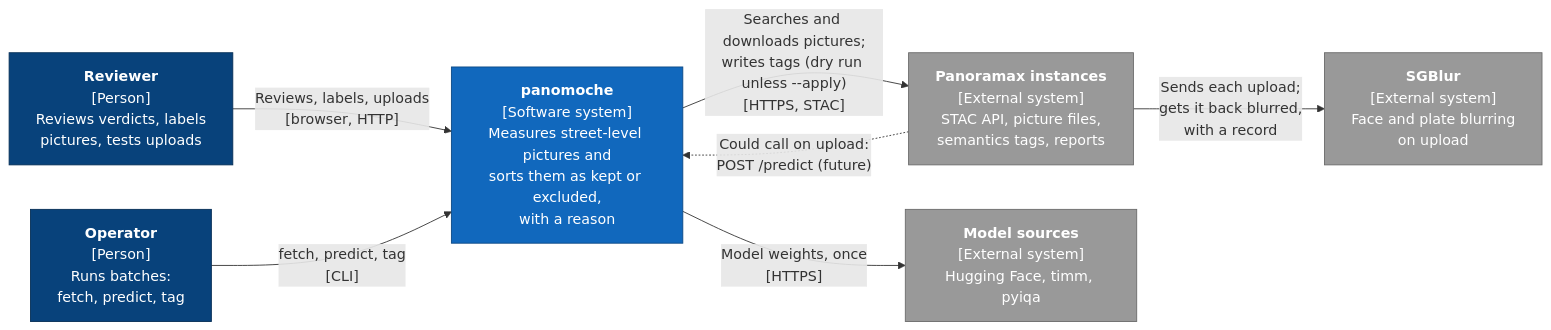
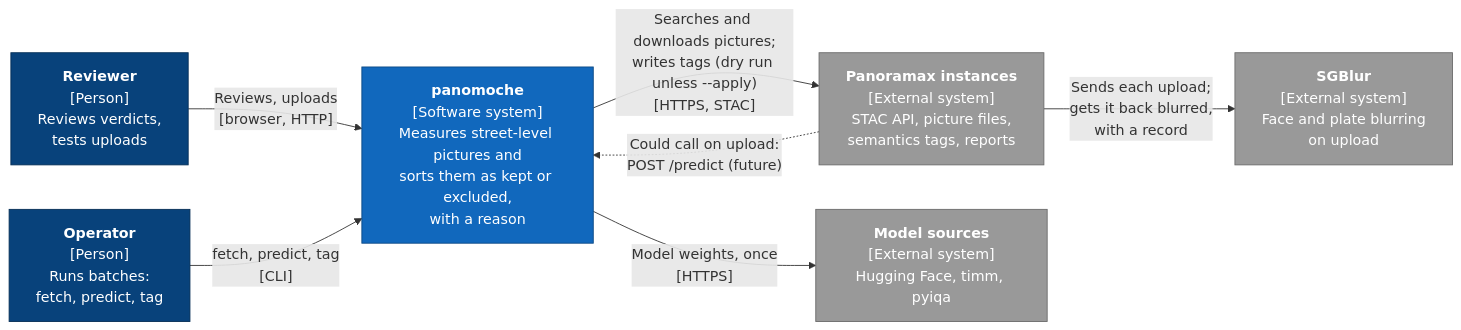
One commit to kaveOO/panomoche changed the first of 4 diagrams in docs/ARCHITECTURE.md. Above: the diagram before and after it, drawn with Mermaid. The commit also changed other lines of this file and 15 other files, not shown here.

````diff
--- a/docs/ARCHITECTURE.md
+++ b/docs/ARCHITECTURE.md
@@ -20,24 +20,24 @@
 ```mermaid
 flowchart LR
-    reviewer["<b>Reviewer</b><br/>[Person]<br/>Reviews verdicts, labels<br/>pictures, tests uploads"]
+    reviewer["<b>Reviewer</b><br/>[Person]<br/>Reviews verdicts,<br/>tests uploads"]
     operator["<b>Operator</b><br/>[Person]<br/>Runs batches:<br/>fetch, predict, tag"]
     panomoche["<b>panomoche</b><br/>[Software system]<br/>Measures street-level pictures and<br/>sorts them as kept or excluded,<br/>with a reason"]
     panoramax["<b>Panoramax instances</b><br/>[External system]<br/>STAC API, picture files,<br/>semantics tags, reports"]
     sgblur["<b>SGBlur</b><br/>[External system]<br/>Face and plate blurring<br/>on upload"]
     hubs["<b>Model sources</b><br/>[External system]<br/>Hugging Face, timm, pyiqa"]
-    reviewer -- "Reviews, labels, uploads<br/>[browser, HTTP]" --> panomoche
+    reviewer -- "Reviews, uploads<br/>[browser, HTTP]" --> panomoche
     operator -- "fetch, predict, tag<br/>[CLI]" --> panomoche
     panomoche -- "Searches and downloads pictures;<br/>writes tags (dry run unless --apply)<br/>[HTTPS, STAC]" --> panoramax
     panoramax -- "Sends each upload;<br/>gets it back blurred,<br/>with a record" --> sgblur
     panomoche -- "Model weights, once<br/>[HTTPS]" --> hubs
     panoramax -. "Could call on upload:<br/>POST /predict (future)" .-> panomoche
     classDef person fill:#08427b,stroke:#052e56,color:#fff
     classDef system fill:#1168bd,stroke:#0b4884,color:#fff
     classDef container fill:#438dd5,stroke:#2e6295,color:#fff
     classDef component fill:#85bbf0,stroke:#5d82a8,color:#000
     classDef store fill:#438dd5,stroke:#2e6295,color:#fff
     classDef ext fill:#999999,stroke:#6b6b6b,color:#fff
     class reviewer,operator person
     class panomoche system
     class panoramax,sgblur,hubs ext
 ```
````
